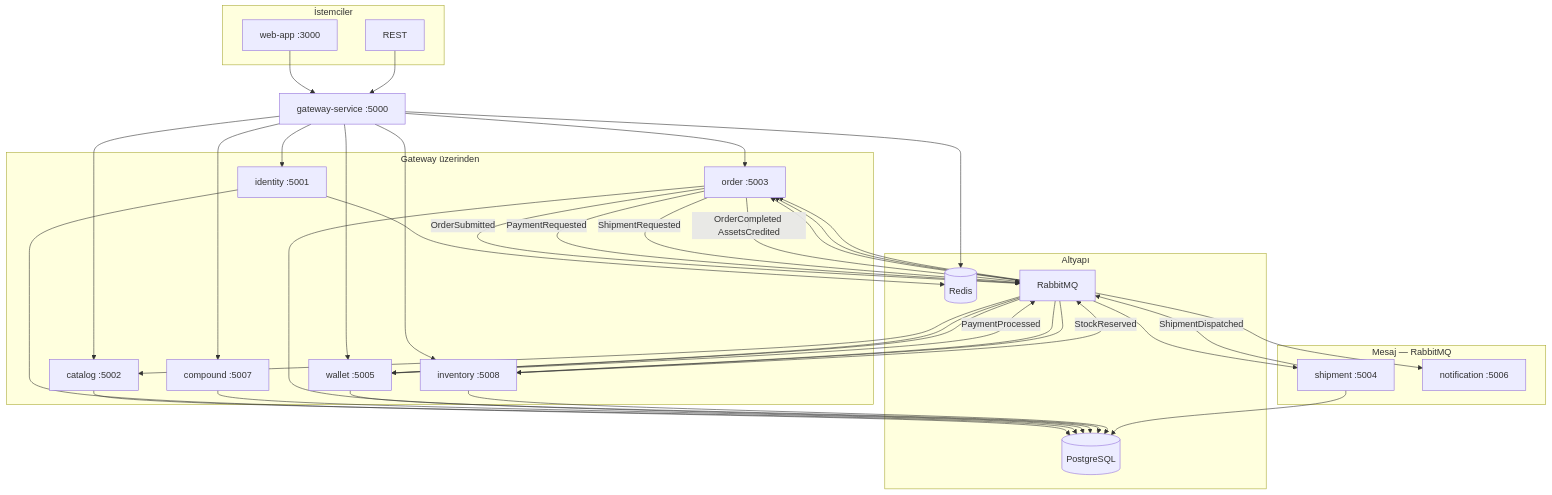
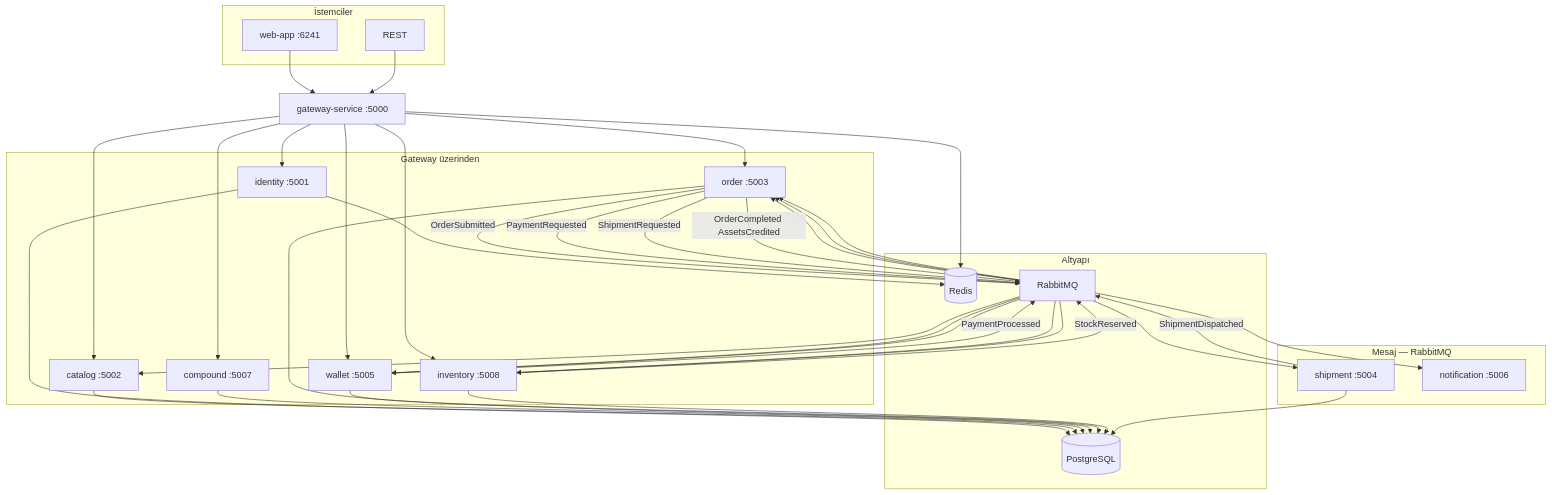
One commit to MihrimatriX/element-api changed the diagram in README.md. Above: the diagram before and after it, drawn with Mermaid. The commit also changed other lines of this file and 131 other files, not shown here.

````diff
--- a/README.md
+++ b/README.md
@@ -123,49 +123,49 @@
 ```mermaid
 flowchart TB
     subgraph clients [İstemciler]
-        Web[web-app :3000]
+        Web[web-app :6241]
         API[REST]
     end
 
     GW[gateway-service :5000]
 
     subgraph public [Gateway üzerinden]
         ID[identity :5001]
         CAT[catalog :5002]
         CMP[compound :5007]
         ORD[order :5003]
         WAL[wallet :5005]
         INV[inventory :5008]
     end
 
     subgraph internal [Mesaj — RabbitMQ]
         SHP[shipment :5004]
         NOT[notification :5006]
     end
 
     subgraph infra [Altyapı]
         PG[(PostgreSQL)]
         RD[(Redis)]
         MQ[RabbitMQ]
     end
 
     Web --> GW
     API --> GW
     GW --> ID & CAT & CMP & ORD & WAL & INV
     ORD -->|OrderSubmitted| MQ
     MQ --> INV
     INV -->|StockReserved| MQ
     MQ --> ORD
     ORD -->|PaymentRequested| MQ
     MQ --> WAL
     WAL -->|PaymentProcessed| MQ
     MQ --> ORD
     ORD -->|ShipmentRequested| MQ
     MQ --> SHP
     SHP -->|ShipmentDispatched| MQ
     MQ --> ORD
     ORD -->|OrderCompleted AssetsCredited| MQ
     MQ --> INV & WAL & CAT & NOT
     ID & CAT & CMP & ORD & WAL & INV & SHP --> PG
     ID & GW --> RD
 ```
````
